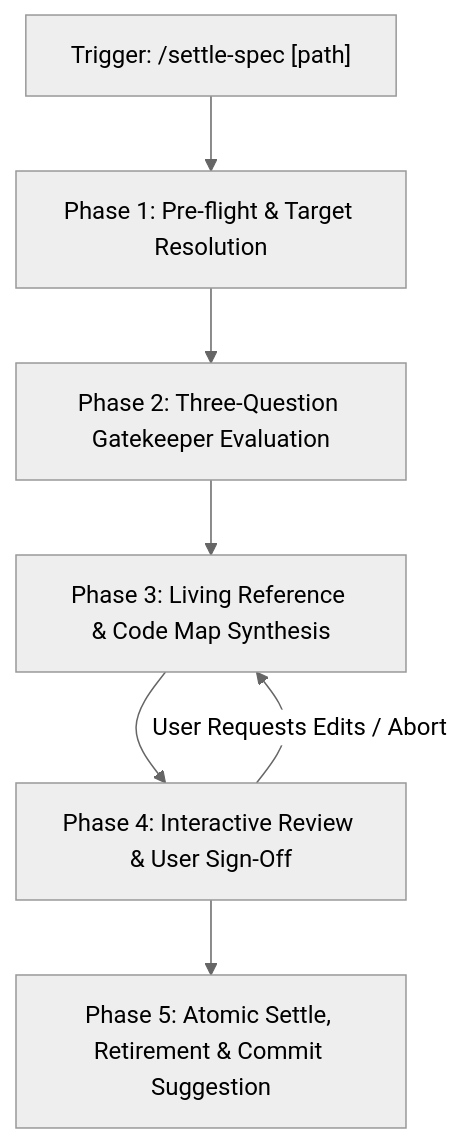
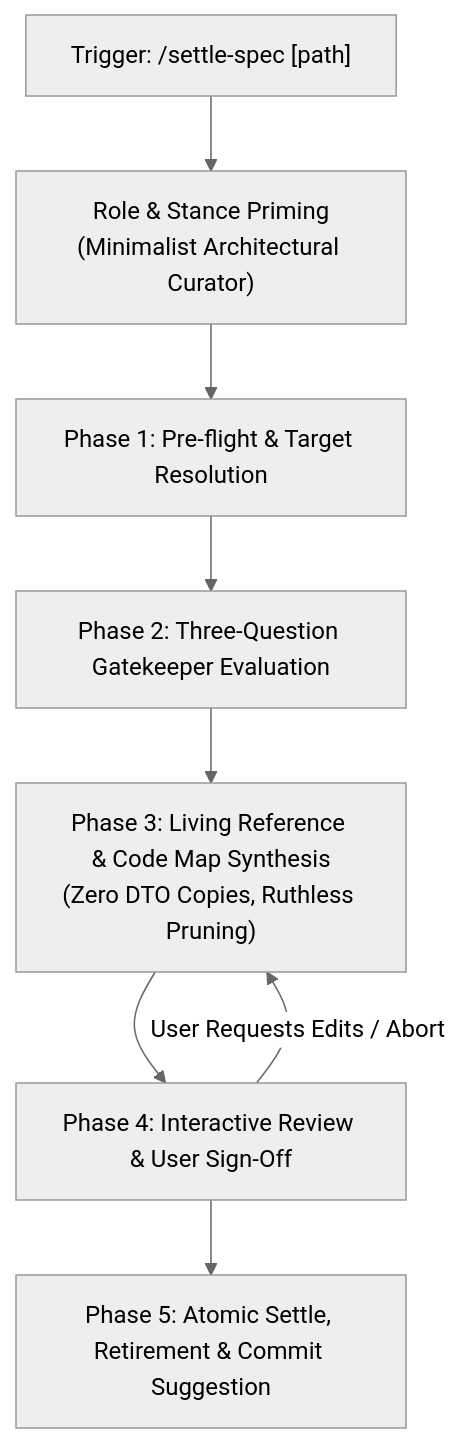
One commit to josudoey/skills changed the second of 3 diagrams in docs/reference/workflow-governance.md. Above: the diagram before and after it, drawn with Mermaid (neutral theme). The commit also changed other lines of this file and 2 other files, not shown here.

Commit message:
feat(workflow): embed minimalist curator role and pruning stance in settle-spec

````diff
--- a/docs/reference/workflow-governance.md
+++ b/docs/reference/workflow-governance.md
@@ -158,10 +165,11 @@
 ```mermaid
 flowchart TD
-    Trigger["Trigger: /settle-spec [path]"] --> P1["Phase 1: Pre-flight & Target Resolution"]
+    Trigger["Trigger: /settle-spec [path]"] --> Stance["Role & Stance Priming\n(Minimalist Architectural Curator)"]
+    Stance --> P1["Phase 1: Pre-flight & Target Resolution"]
     P1 --> P2["Phase 2: Three-Question Gatekeeper Evaluation"]
-    P2 --> P3["Phase 3: Living Reference & Code Map Synthesis"]
+    P2 --> P3["Phase 3: Living Reference & Code Map Synthesis\n(Zero DTO Copies, Ruthless Pruning)"]
     P3 --> P4["Phase 4: Interactive Review & User Sign-Off"]
     P4 --> P5["Phase 5: Atomic Settle, Retirement & Commit Suggestion"]
 
     P4 -->|"User Requests Edits / Abort"| P3
 ```
````
